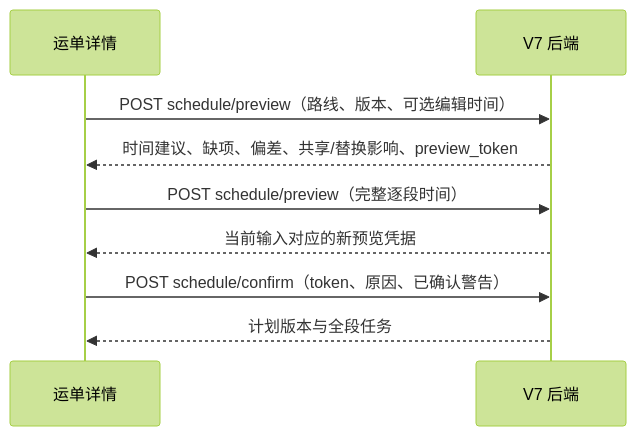
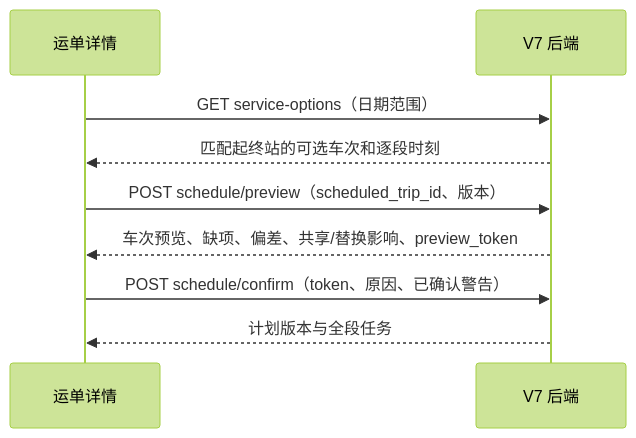
Before and after one commit to NikFranki/jingpo-logistics-system: the second of 2 diagrams in docs/技术方案/v7/fe/plan.md, drawn with Mermaid (forest theme). The commit also changed other lines of this file and 40 other files, not shown here.

First line of the commit message:
Refactor SchedulePlanner and ShipmentsPage to support new transport line and scheduled trip selection

````diff
--- a/docs/技术方案/v7/fe/plan.md
+++ b/docs/技术方案/v7/fe/plan.md
@@ -33,11 +34,11 @@
 ```mermaid
 sequenceDiagram
     participant FE as 运单详情
     participant BE as V7 后端
-    FE->>BE: POST schedule/preview（路线、版本、可选编辑时间）
-    BE-->>FE: 时间建议、缺项、偏差、共享/替换影响、preview_token
-    FE->>BE: POST schedule/preview（完整逐段时间）
-    BE-->>FE: 当前输入对应的新预览凭据
+    FE->>BE: GET service-options（日期范围）
+    BE-->>FE: 匹配起终站的可选车次和逐段时刻
+    FE->>BE: POST schedule/preview（scheduled_trip_id、版本）
+    BE-->>FE: 车次预览、缺项、偏差、共享/替换影响、preview_token
     FE->>BE: POST schedule/confirm（token、原因、已确认警告）
     BE-->>FE: 计划版本与全段任务
 ```
````
